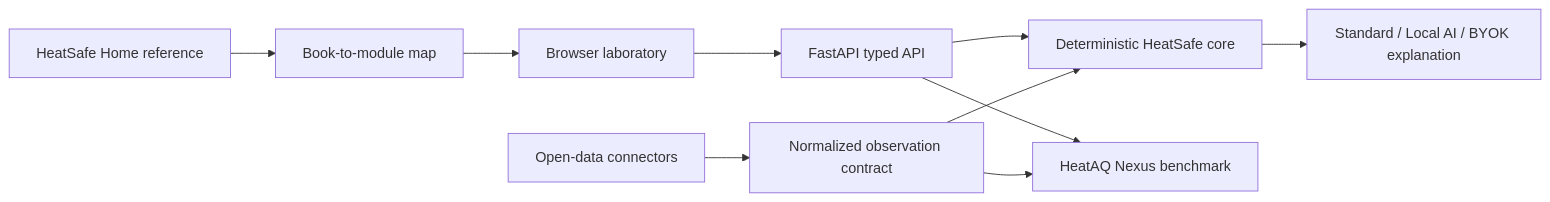
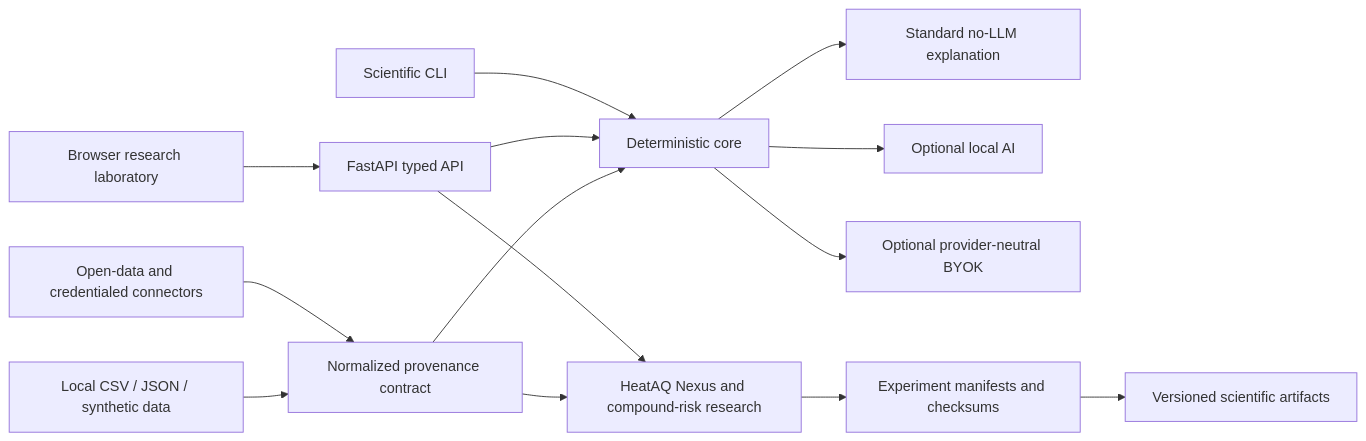
The diagram in docs/architecture.md (FaramarzKowsari/heatsafe-climate-air-quality-lab), drawn with Mermaid before and after one commit. The commit also changed other lines of this file and 58 other files, not shown here.

Commit message:
refactor: establish independent scientific research platform

````diff
--- a/docs/architecture.md
+++ b/docs/architecture.md
@@ -3,12 +3,16 @@
 ```mermaid
 flowchart LR
-  UI[Browser laboratory] --> API[FastAPI typed API]
-  API --> Core[Deterministic HeatSafe core]
-  API --> Research[HeatAQ Nexus benchmark]
-  Connectors[Open-data connectors] --> Contract[Normalized observation contract]
+  Browser[Browser research laboratory] --> API[FastAPI typed API]
+  CLI[Scientific CLI] --> Core[Deterministic core]
+  API --> Core
+  API --> Research[HeatAQ Nexus and compound-risk research]
+  Connectors[Open-data and credentialed connectors] --> Contract[Normalized provenance contract]
+  Local[Local CSV / JSON / synthetic data] --> Contract
   Contract --> Core
   Contract --> Research
-  Core --> Explain[Standard / Local AI / BYOK explanation]
-  Book[HeatSafe Home reference] --> Map[Book-to-module map]
-  Map --> UI
+  Core --> Standard[Standard no-LLM explanation]
+  Core --> LocalAI[Optional local AI]
+  Core --> BYOK[Optional provider-neutral BYOK]
+  Research --> Manifest[Experiment manifests and checksums]
+  Manifest --> Release[Versioned scientific artifacts]
 ```
````
